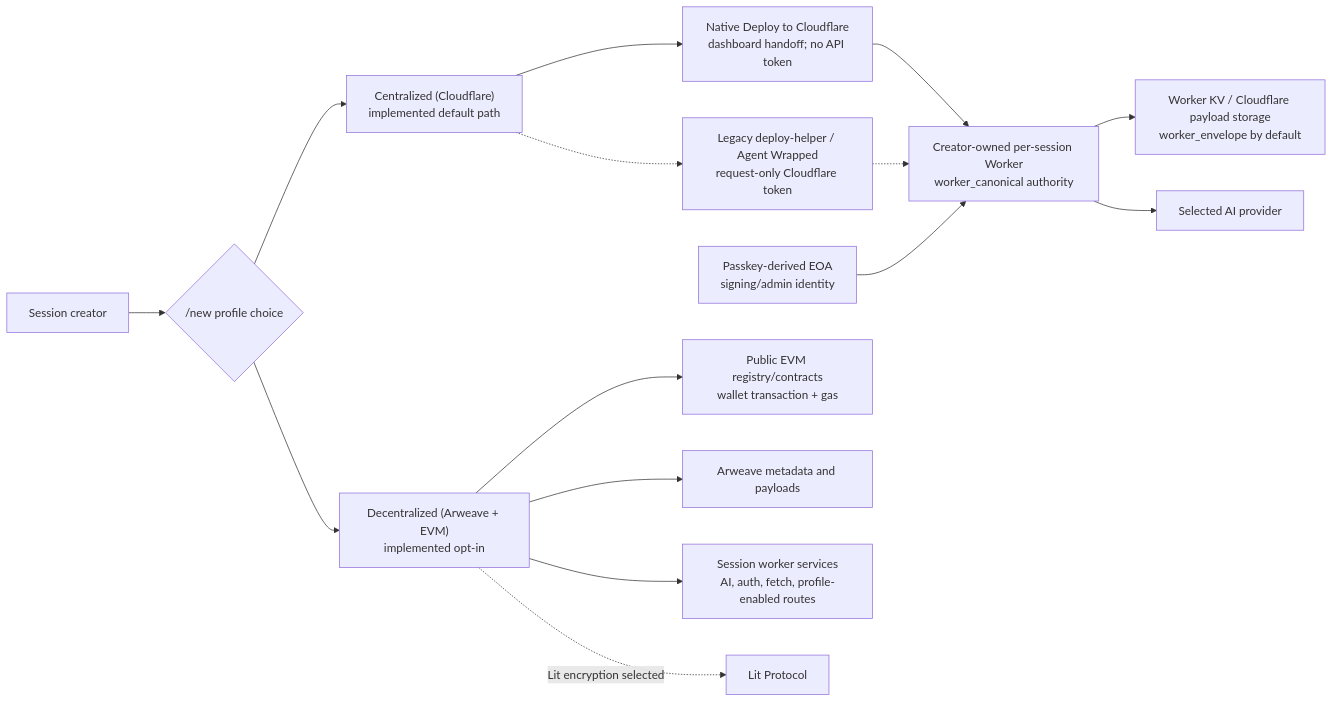
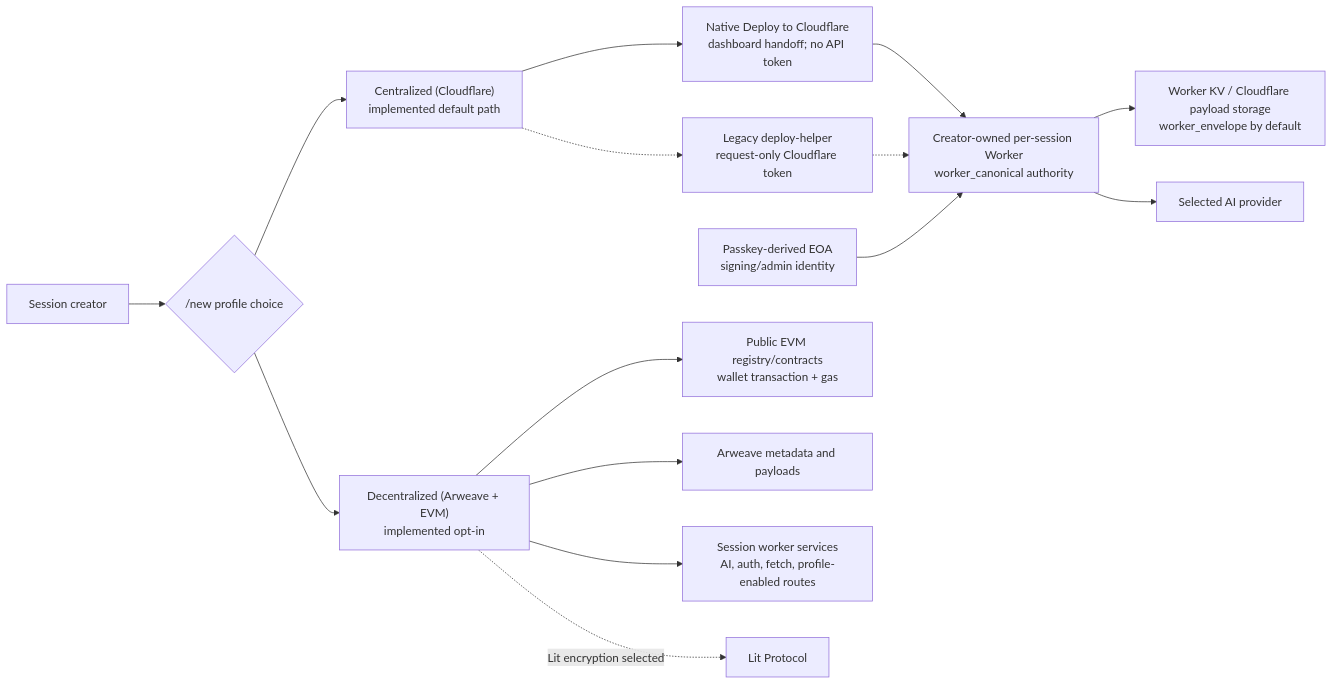
Before and after one commit to AgalmicSoftware/context-engine: the first of 2 diagrams in ARCHITECTURE.md, drawn with Mermaid. The commit also changed other lines of this file and 330 other files, not shown here.

First line of the commit message:
feat: unify session agent and Wrapped workflows

````diff
--- a/ARCHITECTURE.md
+++ b/ARCHITECTURE.md
@@ -17,19 +17,19 @@
 ```mermaid
 flowchart LR
   Creator["Session creator"] --> Choice{"/new profile choice"}
   Choice --> Hosted["Centralized (Cloudflare)<br/>implemented default path"]
   Choice --> Trustless["Decentralized (Arweave + EVM)<br/>implemented opt-in"]
 
   Hosted --> NativeDeploy["Native Deploy to Cloudflare<br/>dashboard handoff; no API token"]
   NativeDeploy --> Worker["Creator-owned per-session Worker<br/>worker_canonical authority"]
-  Hosted -.-> LegacyHelper["Legacy deploy-helper / Agent Wrapped<br/>request-only Cloudflare token"]
+  Hosted -.-> LegacyHelper["Legacy deploy-helper<br/>request-only Cloudflare token"]
   LegacyHelper -.-> Worker
   Worker --> Cloudflare["Worker KV / Cloudflare payload storage<br/>worker_envelope by default"]
   Worker --> AI["Selected AI provider"]
   Passkey["Passkey-derived EOA<br/>signing/admin identity"] --> Worker
 
   Trustless --> EVM["Public EVM registry/contracts<br/>wallet transaction + gas"]
   Trustless --> Arweave["Arweave metadata and payloads"]
   Trustless --> WorkerServices["Session worker services<br/>AI, auth, fetch, profile-enabled routes"]
   Trustless -.->|Lit encryption selected| Lit["Lit Protocol"]
 ```
````
